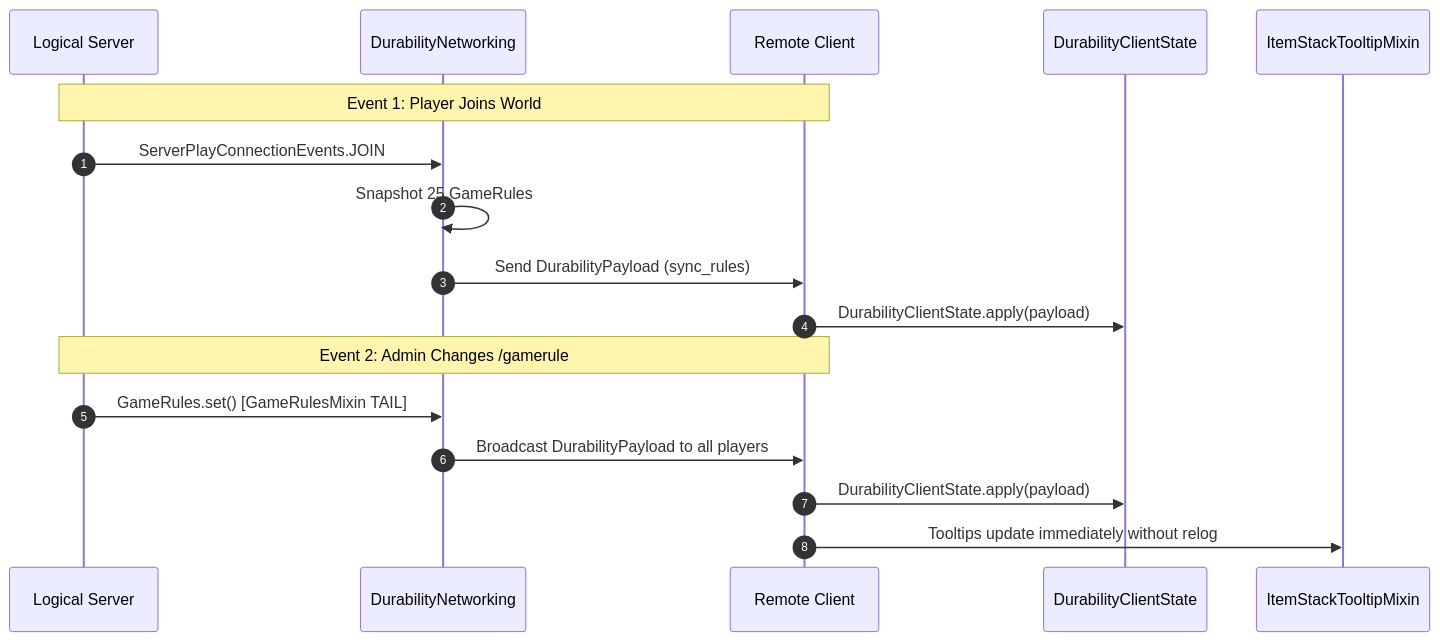
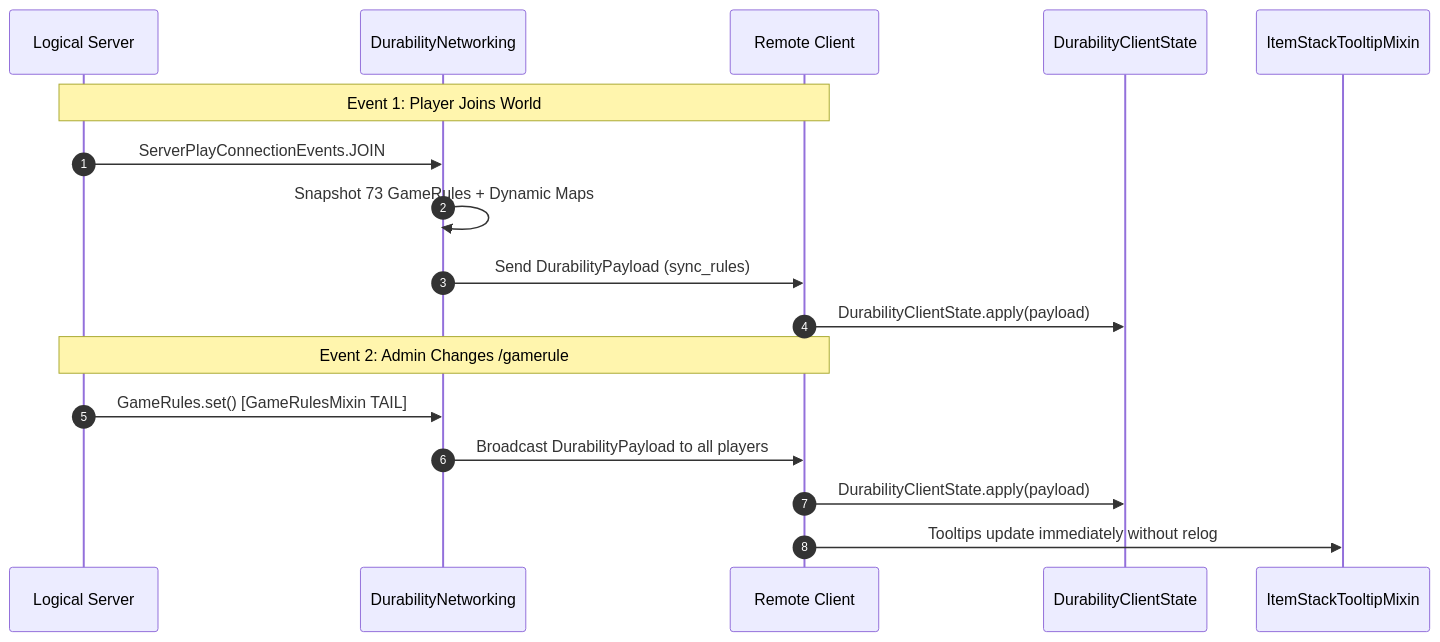
The diagram in .wiki/Network-Sync-and-Payload-Protocol.md (Rifaditya/Instant-Gratification-Durability-Multiplier), drawn with Mermaid before and after one commit. The commit also changed other lines of this file and 18 other files, not shown here.

````diff
--- a/.wiki/Network-Sync-and-Payload-Protocol.md
+++ b/.wiki/Network-Sync-and-Payload-Protocol.md
@@ -18,21 +18,21 @@
 ```mermaid
 sequenceDiagram
     autonumber
     participant Server as Logical Server
     participant Net as DurabilityNetworking
     participant Client as Remote Client
     participant State as DurabilityClientState
     participant UI as ItemStackTooltipMixin
 
     Note over Server,Client: Event 1: Player Joins World
     Server->>Net: ServerPlayConnectionEvents.JOIN
-    Net->>Net: Snapshot 25 GameRules
+    Net->>Net: Snapshot 73 GameRules + Dynamic Maps
     Net->>Client: Send DurabilityPayload (sync_rules)
     Client->>State: DurabilityClientState.apply(payload)
 
     Note over Server,Client: Event 2: Admin Changes /gamerule
     Server->>Net: GameRules.set() [GameRulesMixin TAIL]
     Net->>Client: Broadcast DurabilityPayload to all players
     Client->>State: DurabilityClientState.apply(payload)
     Client->>UI: Tooltips update immediately without relog
 ```
````
